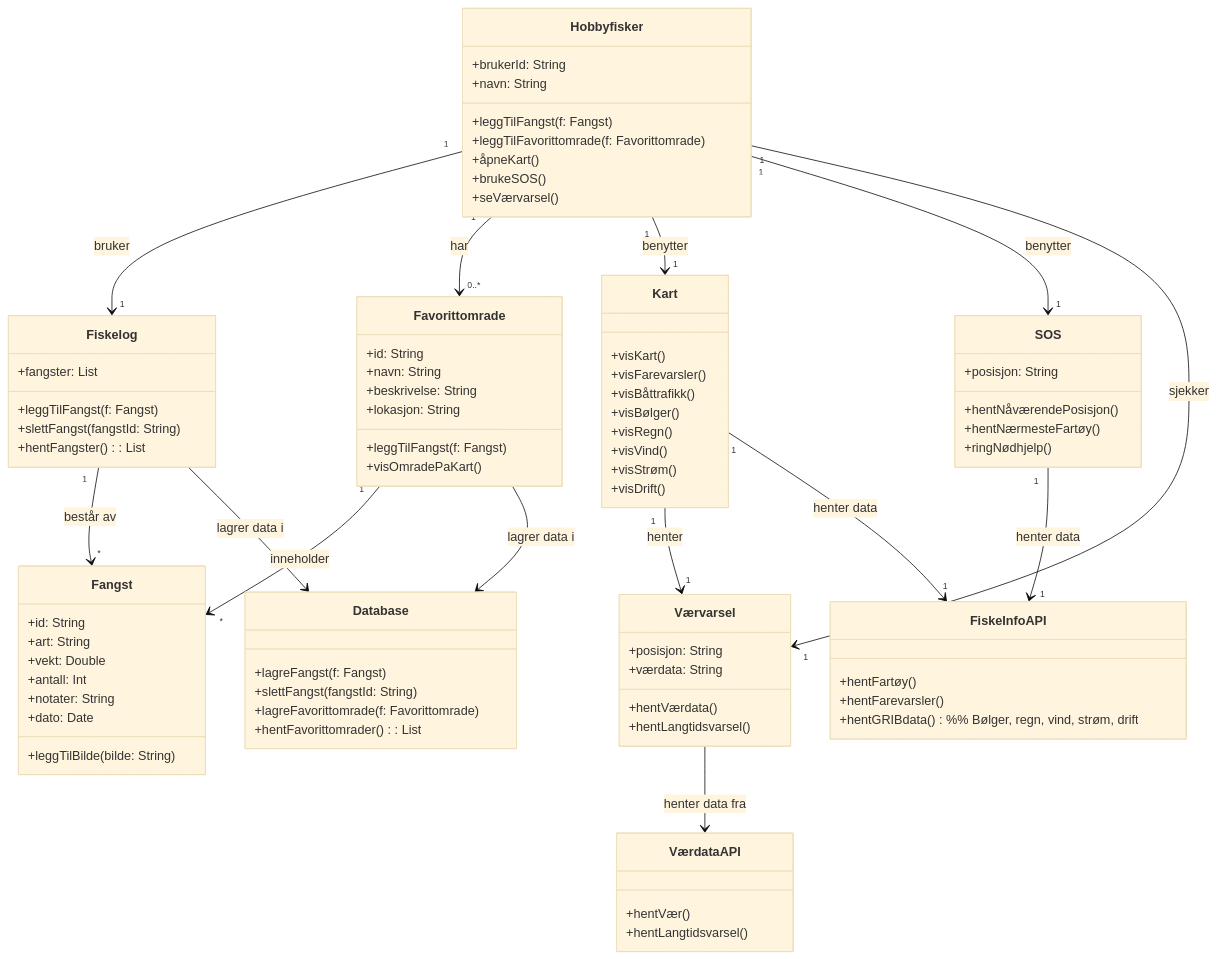
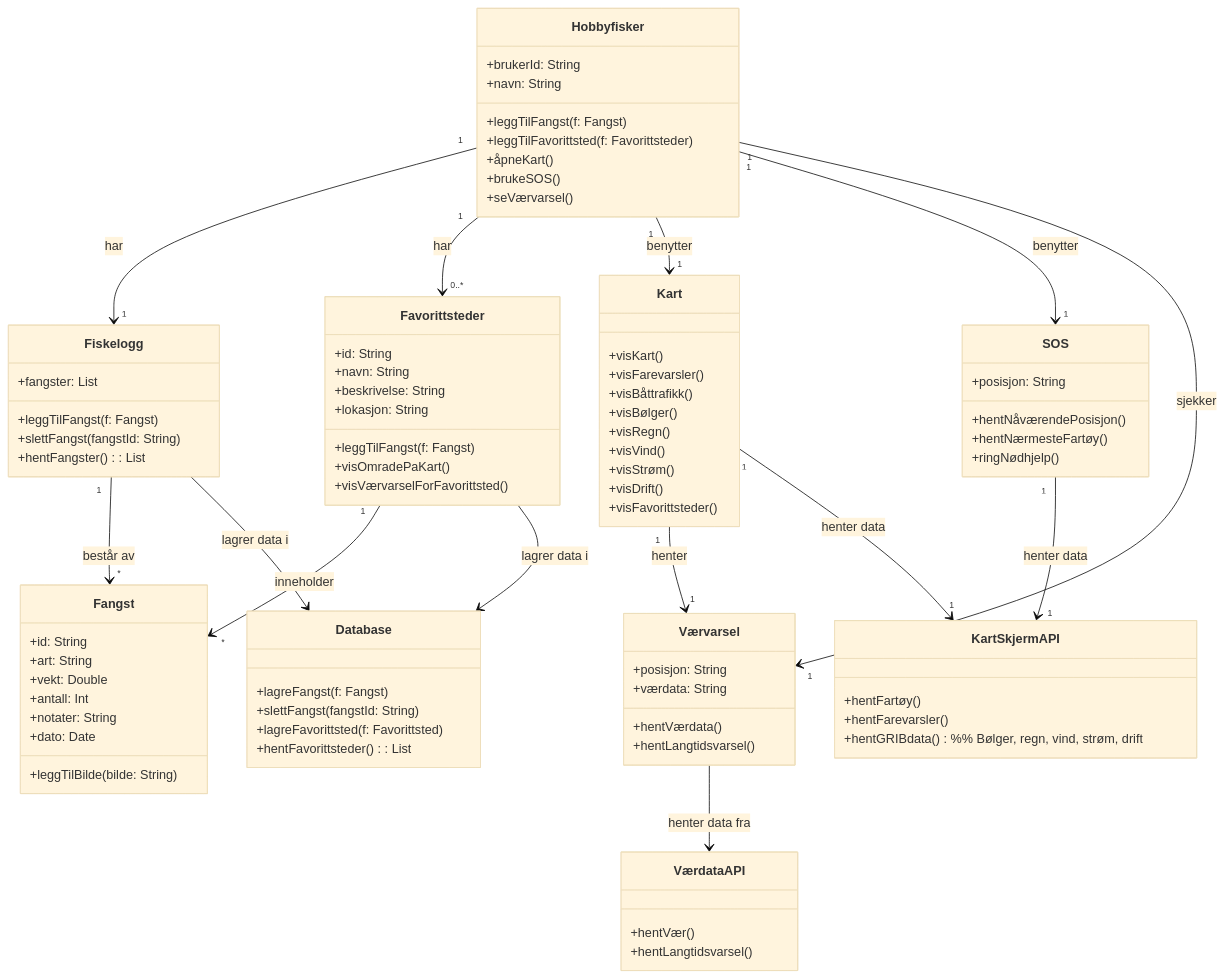
The diagram in modelling/klasse_diagram.md (jonesstoen/FiskeKlar), drawn with Mermaid (base theme) before and after one commit. The commit also changed 8 other files, not shown here.

Commit message:
Rename Favorittomrade to Favorittsteder and fix naming consistency

````diff
--- a/modelling/klasse_diagram.md
+++ b/modelling/klasse_diagram.md
@@ -5,13 +5,13 @@
         +brukerId: String
         +navn: String
         +leggTilFangst(f: Fangst)
-        +leggTilFavorittomrade(f: Favorittomrade)
+        +leggTilFavorittsted(f: Favorittsteder)
         +åpneKart()
         +brukeSOS()
         +seVærvarsel()
     }
 
-    class Fiskelog {
+    class Fiskelogg {
         +fangster: List<Fangst>
         +leggTilFangst(f: Fangst)
         +slettFangst(fangstId: String)
@@ -28,13 +28,14 @@
         +leggTilBilde(bilde: String)
     }
 
-    class Favorittomrade {
+    class Favorittsteder {
         +id: String
         +navn: String
         +beskrivelse: String
         +lokasjon: String
         +leggTilFangst(f: Fangst)
         +visOmradePaKart()
+        +visVærvarselForFavorittsted()
     }
 
     class Kart {
@@ -46,6 +47,7 @@
         +visVind()
         +visStrøm()
         +visDrift()
+        +visFavorittsteder()
     }
 
     class Værvarsel {
@@ -65,8 +67,8 @@
     class Database {
         +lagreFangst(f: Fangst)
         +slettFangst(fangstId: String)
-        +lagreFavorittomrade(f: Favorittomrade)
-        +hentFavorittomrader(): List<Favorittomrade>
+        +lagreFavorittsted(f: Favorittsted)
+        +hentFavorittsteder(): List<Favorittsteder>
     }
 
     class VærdataAPI {
@@ -74,27 +76,27 @@
         +hentLangtidsvarsel()
     }
 
-    class FiskeInfoAPI {
+    class KartSkjermAPI {
         +hentFartøy()
         +hentFarevarsler()
         +hentGRIBdata() %% Bølger, regn, vind, strøm, drift
     }
 
-    %% Relasjoner med multiplikitet og kommentarer
-    Hobbyfisker "1" --> "1" Fiskelog : bruker
-    Hobbyfisker "1" --> "0..*" Favorittomrade : har
+    Hobbyfisker "1" --> "1" Fiskelogg : har
+    Hobbyfisker "1" --> "0..*" Favorittsteder : har
     Hobbyfisker "1" --> "1" Kart : benytter
     Hobbyfisker "1" --> "1" SOS : benytter
     Hobbyfisker "1" --> "1" Værvarsel : sjekker
 
-    Fiskelog "1" --> "*" Fangst : består av
-    Favorittomrade "1" --> "*" Fangst : inneholder
+    Fiskelogg "1" --> "*" Fangst : består av
+    Favorittsteder "1" --> "*" Fangst : inneholder
 
     Kart "1" --> "1" Værvarsel : henter
-    Kart "1" --> "1" FiskeInfoAPI : henter data
-    SOS "1" --> "1" FiskeInfoAPI : henter data
+    Kart "1" --> "1" KartSkjermAPI : henter data
+    SOS "1" --> "1" KartSkjermAPI : henter data
 
-    Fiskelog --> Database : lagrer data i
-    Favorittomrade --> Database : lagrer data i
+    Fiskelogg --> Database : lagrer data i
+    Favorittsteder --> Database : lagrer data i
     Værvarsel --> VærdataAPI : henter data fra
+
 ```
````
